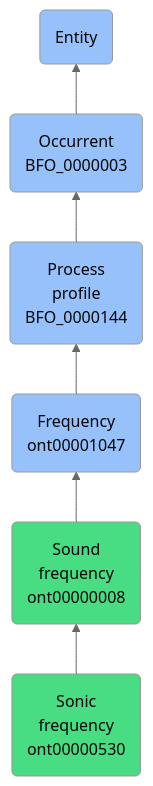
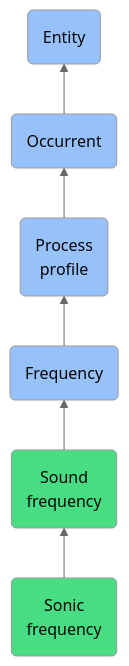
Before and after one commit to jupyter-naas/abi: the diagram in docs/ontology/reference/model/Entity/Occurrent/Process profile/Frequency/Sound frequency/Sonic frequency/Sonic frequency.md, drawn with Mermaid (neutral theme). The commit also changed other lines of this file and 1430 other files, not shown here.

````diff
--- a/docs/ontology/reference/model/Entity/Occurrent/Process profile/Frequency/Sound frequency/Sonic frequency/Sonic frequency.md
+++ b/docs/ontology/reference/model/Entity/Occurrent/Process profile/Frequency/Sound frequency/Sonic frequency/Sonic frequency.md
@@ -24,13 +24,13 @@
 ```mermaid
 graph BT
-    ont00000530(Sonic<br>frequency<br>ont00000530):::ABI-->ont00000008
-    ont00000008(Sound<br>frequency<br>ont00000008):::ABI-->ont00001047
-    ont00001047(Frequency<br>ont00001047):::BFO-->BFO_0000144
-    BFO_0000144(Process<br>profile<br>BFO_0000144):::BFO-->BFO_0000003
-    BFO_0000003(Occurrent<br>BFO_0000003):::BFO-->BFO_0000001
+    ont00000530(Sonic<br>frequency):::ABI-->ont00000008
+    ont00000008(Sound<br>frequency):::ABI-->ont00001047
+    ont00001047(Frequency):::BFO-->BFO_0000144
+    BFO_0000144(Process<br>profile):::BFO-->BFO_0000003
+    BFO_0000003(Occurrent):::BFO-->BFO_0000001
     BFO_0000001(Entity):::BFO
     
     classDef BFO fill:#97c1fb,color:#060606
     classDef CCO fill:#e4c51e,color:#060606
     classDef ABI fill:#48DD82,color:#060606
 ```
````
